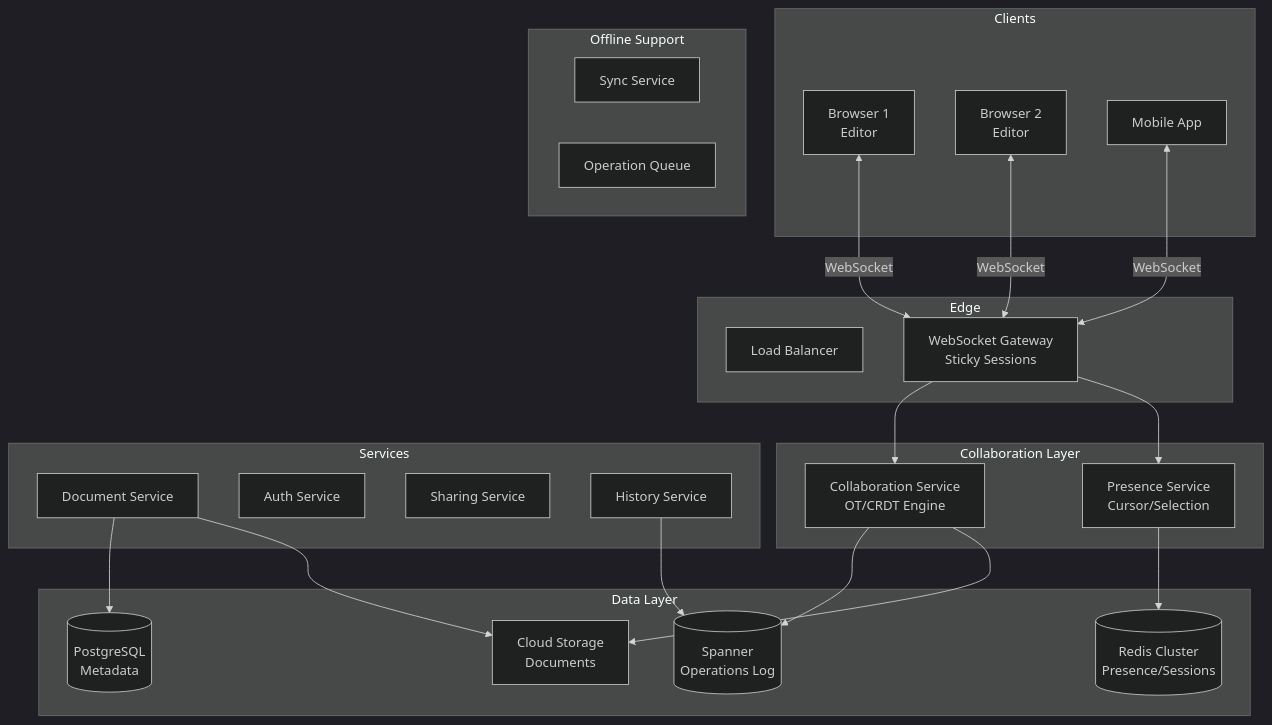
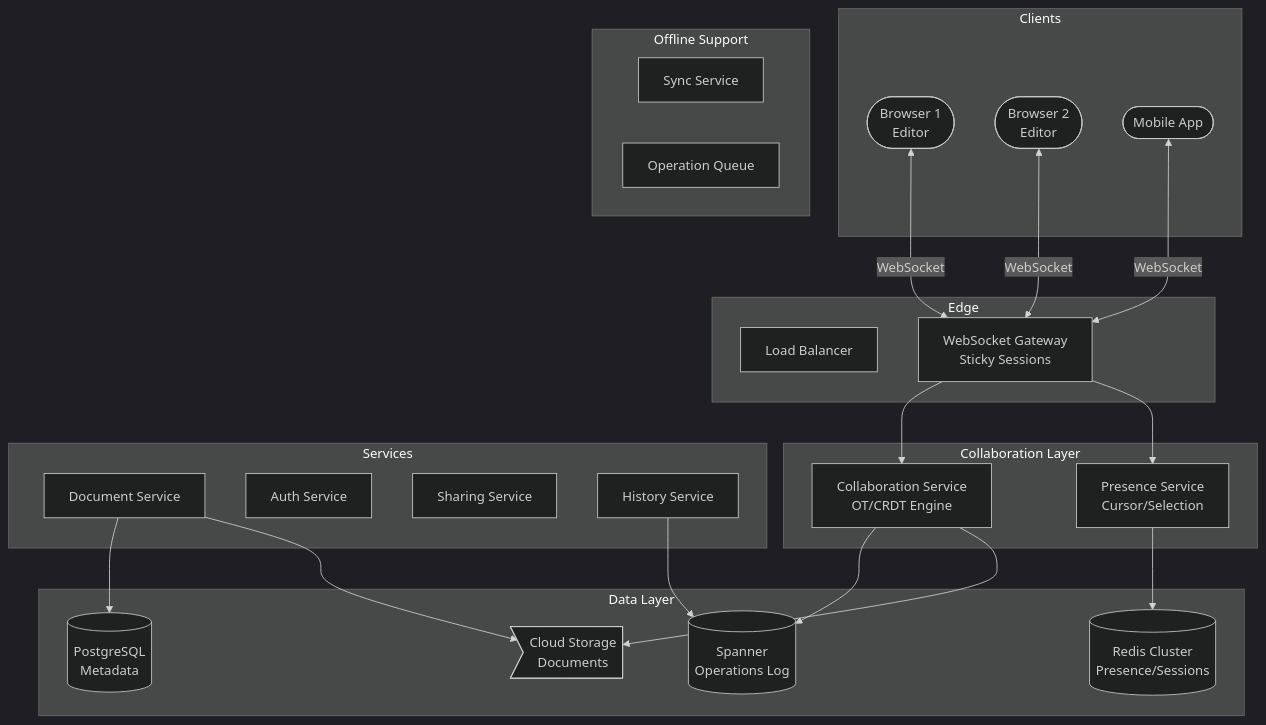
One commit to ShanmugaGanesh1999/Portfolio changed the diagram in docs/prep/System Design/06-Case-Studies/20-google-docs.md. Above: the diagram before and after it, drawn with Mermaid (dark theme). The commit also changed 40 other files, not shown here.

First line of the commit message:
Refactor diagram node rendering to use reusable shape components

````diff
--- a/docs/prep/System Design/06-Case-Studies/20-google-docs.md
+++ b/docs/prep/System Design/06-Case-Studies/20-google-docs.md
@@ -49,49 +49,49 @@
 ```mermaid
 graph TD
     subgraph Clients
-        C1[Browser 1<br/>Editor]
-        C2[Browser 2<br/>Editor]
-        C3[Mobile App]
+        C1([Browser 1<br/>Editor])
+        C2([Browser 2<br/>Editor])
+        C3([Mobile App])
     end
     
     subgraph Edge
         LB[Load Balancer]
         WSG[WebSocket Gateway<br/>Sticky Sessions]
     end
     
     subgraph Collaboration Layer
         COLLAB[Collaboration Service<br/>OT/CRDT Engine]
         PRESENCE[Presence Service<br/>Cursor/Selection]
     end
     
     subgraph Services
         DOC[Document Service]
         AUTH[Auth Service]
         SHARE[Sharing Service]
         HISTORY[History Service]
     end
     
     subgraph Data Layer
         PG[(PostgreSQL<br/>Metadata)]
         REDIS[(Redis Cluster<br/>Presence/Sessions)]
-        GCS[Cloud Storage<br/>Documents]
+        GCS>Cloud Storage<br/>Documents]
         SPANNER[(Spanner<br/>Operations Log)]
     end
     
     subgraph Offline Support
         SYNC[Sync Service]
         QUEUE[Operation Queue]
     end
     
     C1 <-->|WebSocket| WSG
     C2 <-->|WebSocket| WSG
     C3 <-->|WebSocket| WSG
     WSG --> COLLAB
     WSG --> PRESENCE
     COLLAB --> SPANNER
     COLLAB --> GCS
     PRESENCE --> REDIS
     DOC --> PG
     DOC --> GCS
     HISTORY --> SPANNER
 ```
````
